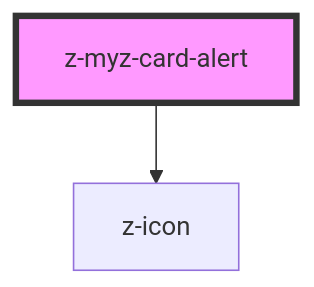
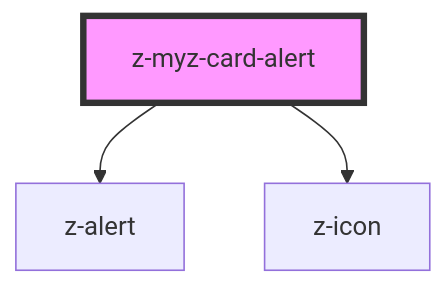
Before and after one commit to ZanichelliEditore/design-system: the diagram in src/snowflakes/myz/card/z-myz-card-alert/readme.md, drawn with Mermaid. The commit also changed other lines of this file and 74 other files, not shown here.

````diff
--- a/src/snowflakes/myz/card/z-myz-card-alert/readme.md
+++ b/src/snowflakes/myz/card/z-myz-card-alert/readme.md
@@ -40,5 +41,6 @@
 ```mermaid
 graph TD;
+  z-myz-card-alert --> z-alert
   z-myz-card-alert --> z-icon
   style z-myz-card-alert fill:#f9f,stroke:#333,stroke-width:4px
 ```
````
